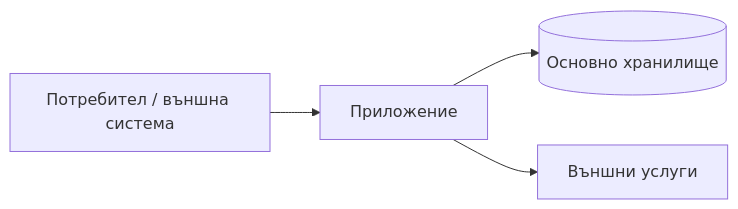
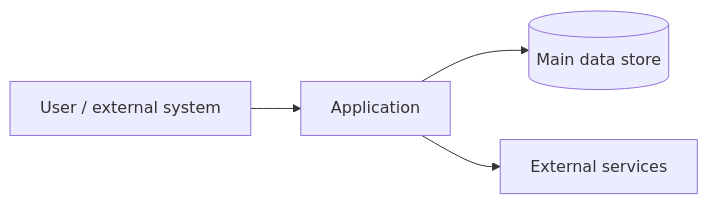
One commit to ID-Yo/open-dreamdocs changed the diagram in docs/architecture/system-overview.md. Above: the diagram before and after it, drawn with Mermaid. The commit also changed other lines of this file and 44 other files, not shown here.

````diff
--- a/docs/architecture/system-overview.md
+++ b/docs/architecture/system-overview.md
@@ -13,6 +13,6 @@
 ```mermaid
 flowchart LR
-    U[Потребител / външна система] --> A[Приложение]
-    A --> D[(Основно хранилище)]
-    A --> X[Външни услуги]
+    U[User / external system] --> A[Application]
+    A --> D[(Main data store)]
+    A --> X[External services]
 ```
````
